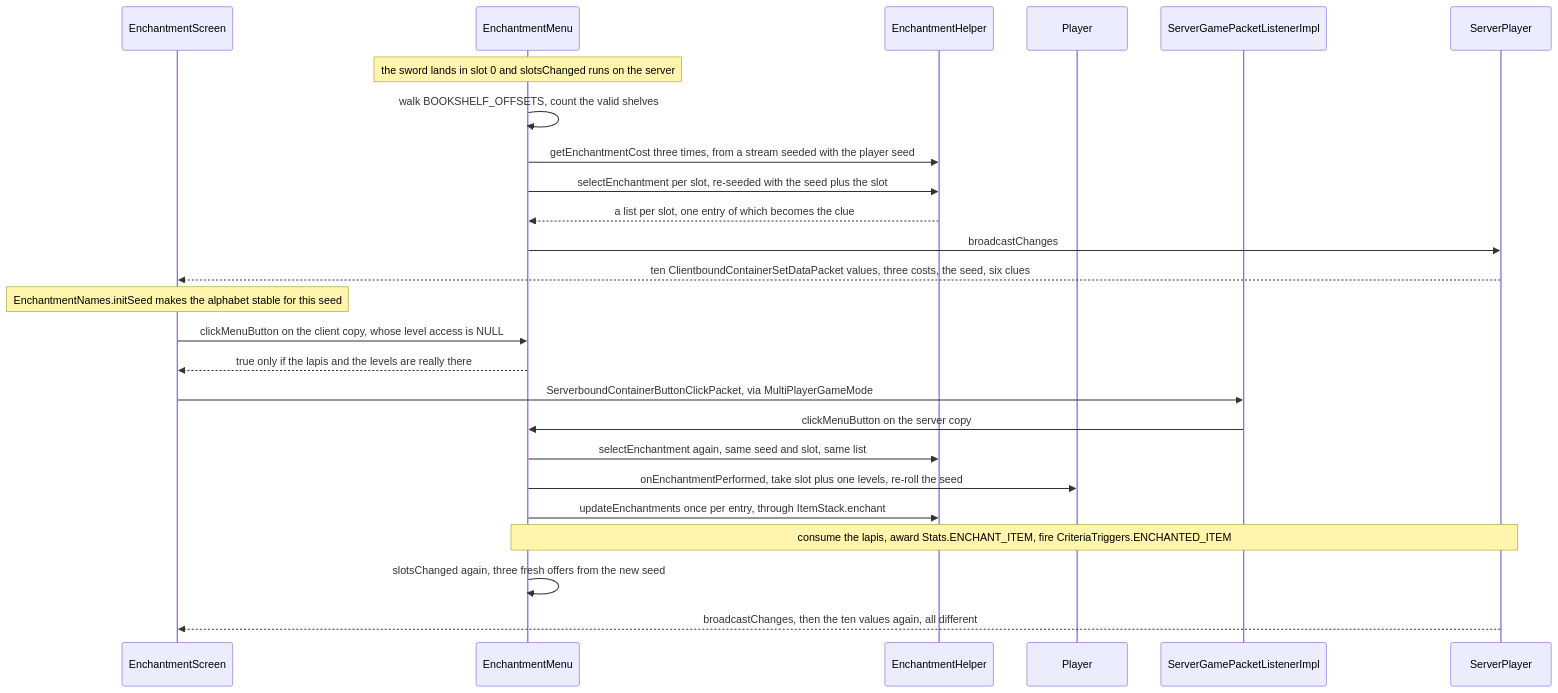
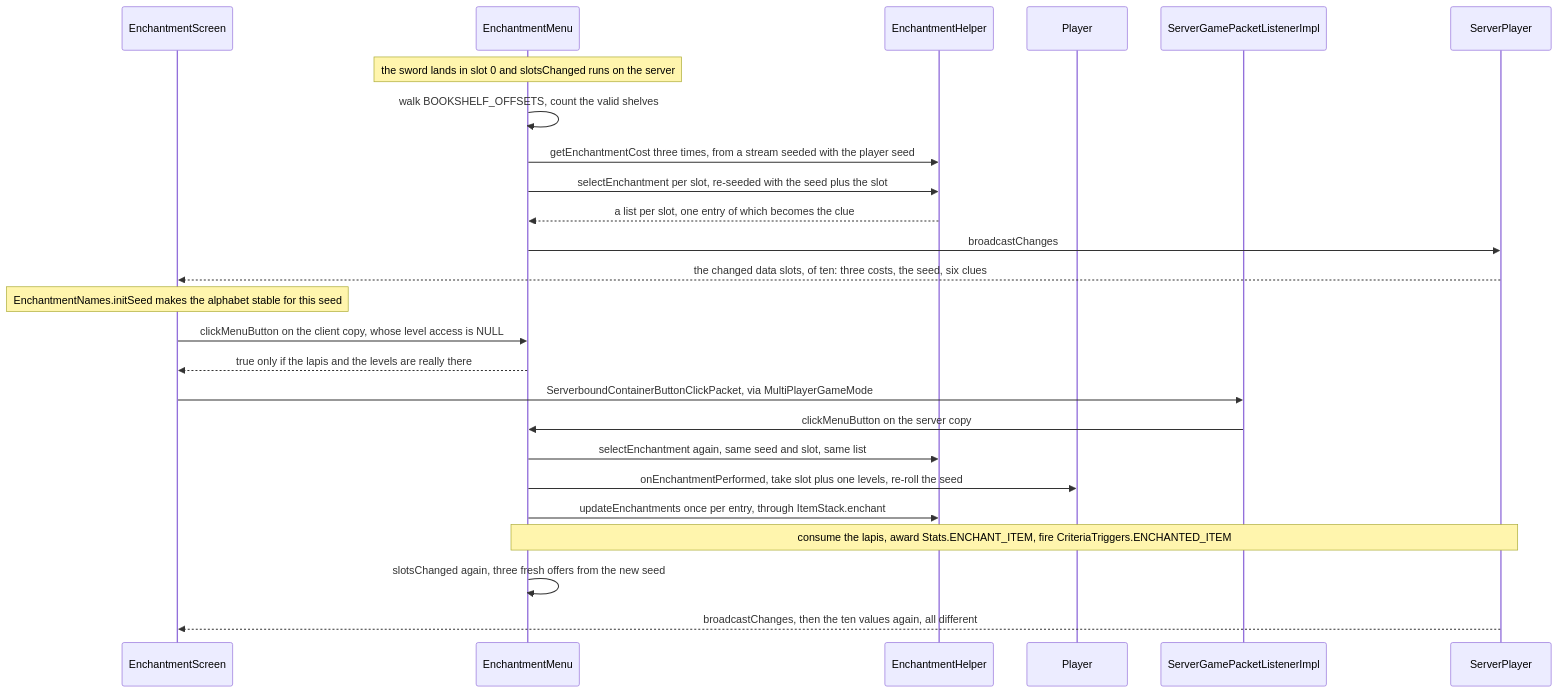
One commit to AlexanderjFraser/MinecraftDocs changed the second of 2 diagrams in src/systems/items/enchanting.md. Above: the diagram before and after it, drawn with Mermaid. The commit also changed other lines of this file and 13 other files, not shown here.

````diff
--- a/src/systems/items/enchanting.md
+++ b/src/systems/items/enchanting.md
@@ -245,28 +261,28 @@
 ```mermaid
 sequenceDiagram
     participant EScr as EnchantmentScreen
     participant EM as EnchantmentMenu
     participant EH as EnchantmentHelper
     participant Player as Player
     participant SGPL as ServerGamePacketListenerImpl
     participant SP as ServerPlayer
 
     Note over EM: the sword lands in slot 0 and slotsChanged runs on the server
     EM->>EM: walk BOOKSHELF_OFFSETS, count the valid shelves
     EM->>EH: getEnchantmentCost three times, from a stream seeded with the player seed
     EM->>EH: selectEnchantment per slot, re-seeded with the seed plus the slot
     EH-->>EM: a list per slot, one entry of which becomes the clue
     EM->>SP: broadcastChanges
-    SP-->>EScr: ten ClientboundContainerSetDataPacket values, three costs, the seed, six clues
+    SP-->>EScr: the changed data slots, of ten: three costs, the seed, six clues
     Note over EScr: EnchantmentNames.initSeed makes the alphabet stable for this seed
     EScr->>EM: clickMenuButton on the client copy, whose level access is NULL
     EM-->>EScr: true only if the lapis and the levels are really there
     EScr->>SGPL: ServerboundContainerButtonClickPacket, via MultiPlayerGameMode
     SGPL->>EM: clickMenuButton on the server copy
     EM->>EH: selectEnchantment again, same seed and slot, same list
     EM->>Player: onEnchantmentPerformed, take slot plus one levels, re-roll the seed
     EM->>EH: updateEnchantments once per entry, through ItemStack.enchant
     Note over EM,SP: consume the lapis, award Stats.ENCHANT_ITEM, fire CriteriaTriggers.ENCHANTED_ITEM
     EM->>EM: slotsChanged again, three fresh offers from the new seed
     SP-->>EScr: broadcastChanges, then the ten values again, all different
 ```
````
